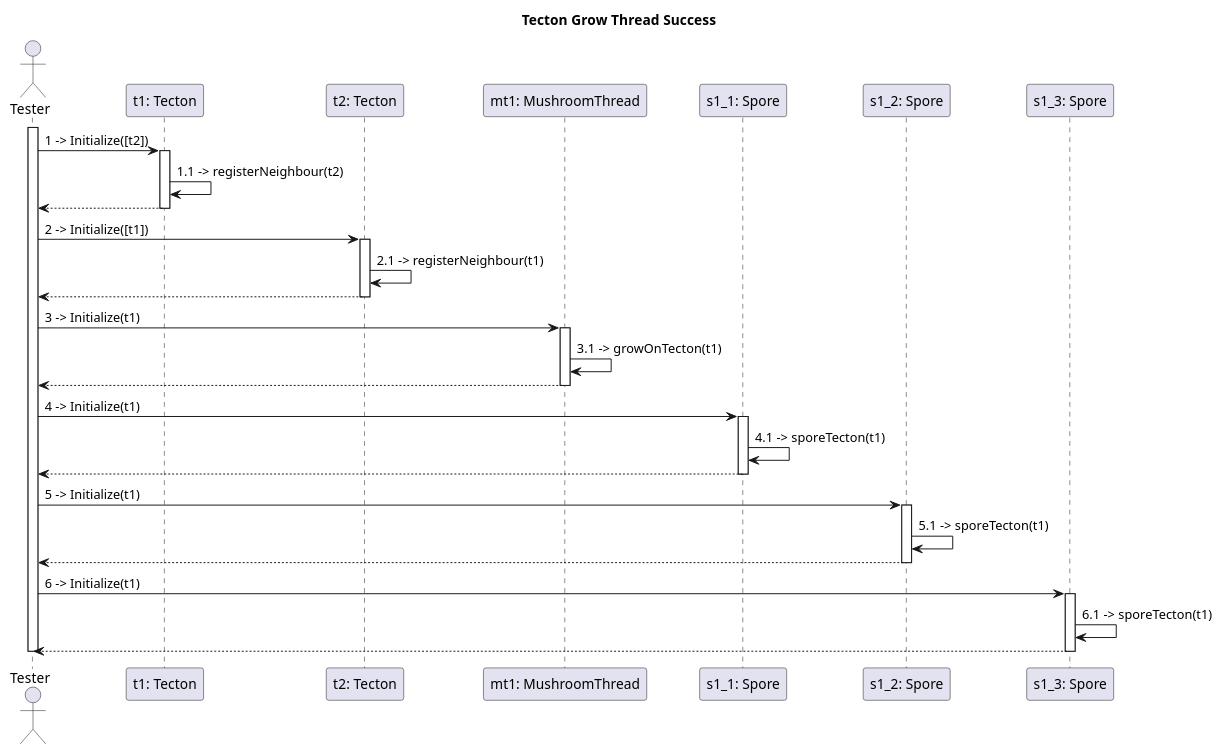
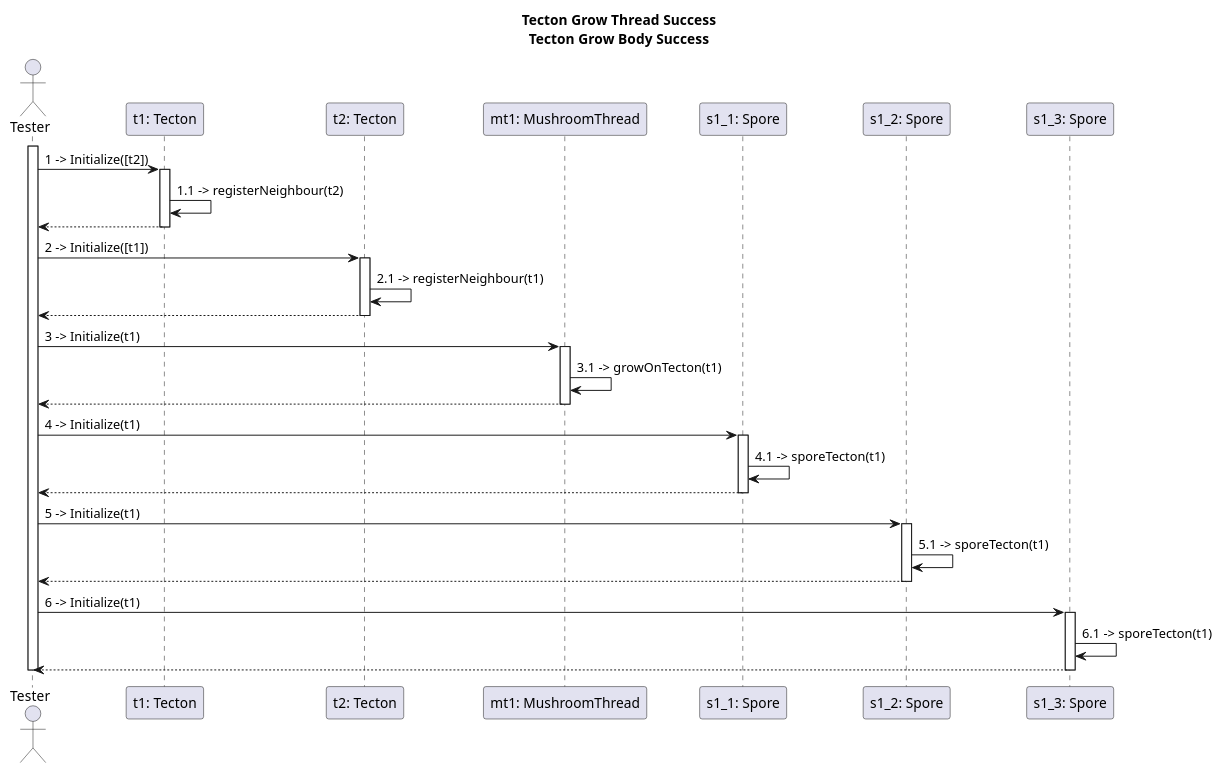
Before and after one commit to dzsem/projlab: the diagram in diagrams/communication/tecton3_1.puml, drawn with PlantUML. The commit also changed other lines of this file and 1 other file, not shown here.

```diff
--- a/diagrams/communication/tecton3_1.puml
+++ b/diagrams/communication/tecton3_1.puml
@@ -4,80 +7,80 @@
 @startuml communicationTecton3_1
 
-title Tecton Grow Thread Success
+title Tecton Grow Thread Success\nTecton Grow Body Success
 
 actor "Tester" as ts
 participant "t1: Tecton" as t1 
 participant "t2: Tecton" as t2
 
 participant "mt1: MushroomThread" as mt1
 
 participant "s1_1: Spore" as s1_1
 participant "s1_2: Spore" as s1_2
 participant "s1_3: Spore" as s1_3
 
 activate ts
 
 ts -> t1: 1 -> Initialize([t2])
 activate t1
 
 	t1 -> t1: 1.1 -> registerNeighbour(t2)
 
 ts <-- t1
 deactivate t1
 
 ts -> t2: 2 -> Initialize([t1])
 activate t2
 
 t2 -> t2: 2.1 -> registerNeighbour(t1)
 
 ts <-- t2
 deactivate t2
 
 ts -> mt1: 3 -> Initialize(t1)
 activate mt1
 	' tecton beállítás
 	' growOnTecton() blackboxolja, hogy a Tecton MushroomThreadjei közé is felveszi magát
 	mt1 -> mt1: 3.1 -> growOnTecton(t1)
 
 ts <-- mt1
 deactivate mt1
 
 
 ' ------------------------------------------
 ' s1_1: t1-en
 ts -> s1_1: 4 -> Initialize(t1)
 activate s1_1
 
 ' sporeTecton blackboxolja, hogy a Tectonon hozzáadja magát a MushroomSporeok közé
 s1_1 -> s1_1: 4.1 -> sporeTecton(t1)
 
 ts <-- s1_1
 deactivate s1_1
 
 
 ' ------------------------------------------
 ' s1_2: t1-en
 ts -> s1_2: 5 -> Initialize(t1)
 activate s1_2
 
 ' sporeTecton blackboxolja, hogy a Tectonon hozzáadja magát a MushroomSporeok közé
 s1_2 -> s1_2: 5.1 -> sporeTecton(t1)
 
 ts <-- s1_2
 deactivate s1_2
 
 
 ' ------------------------------------------
 ' s1_3: t1-en
 ts -> s1_3: 6 -> Initialize(t1)
 activate s1_3
 
 ' sporeTecton blackboxolja, hogy a Tectonon hozzáadja magát a MushroomSporeok közé
 s1_3 -> s1_3: 6.1 -> sporeTecton(t1)
 
 ts <-- s1_3
 deactivate s1_3
 
 deactivate ts
 
 @enduml
```
